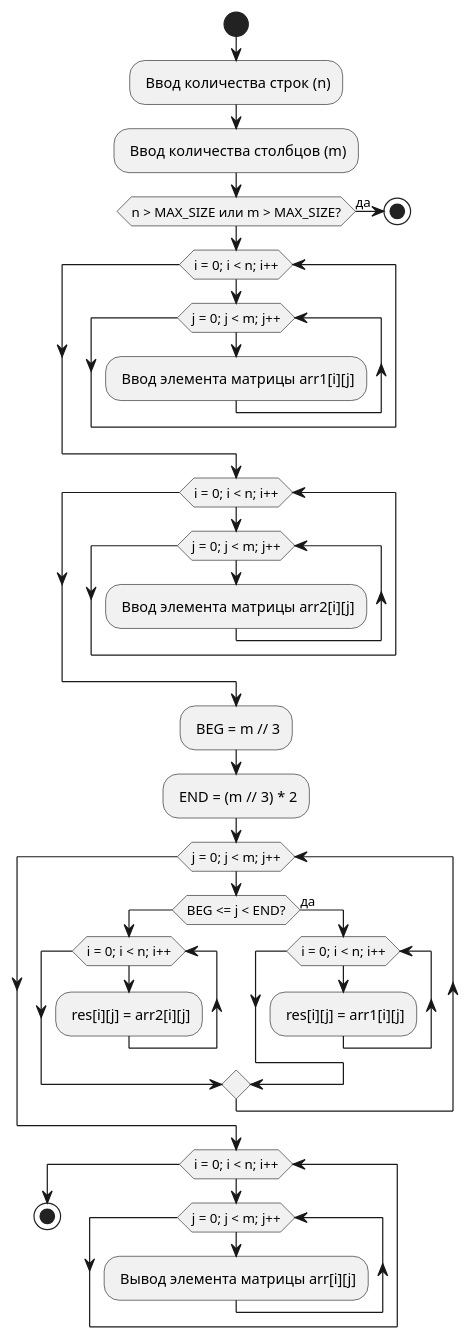
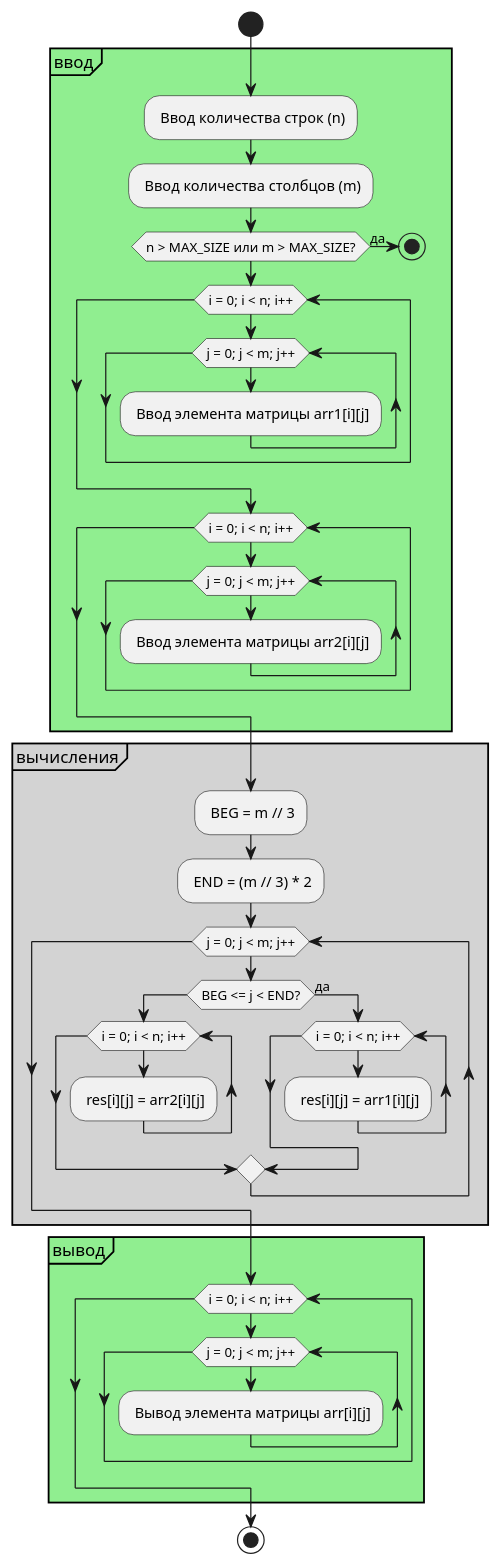
Before and after one commit to ermakov0/ivt-cpp: the diagram in uml/06-example2.puml, drawn with PlantUML. The commit also changed 25 other files, not shown here.

```diff
--- a/uml/06-example2.puml
+++ b/uml/06-example2.puml
@@ -1,42 +1,47 @@
 @startuml 06-example2
 start
-- Ввод количества строк (n)
-- Ввод количества столбцов (m)
-if (n > MAX_SIZE или m > MAX_SIZE?) then
-else (да)
-    stop
-endif
+partition #lightGreen "ввод" {
+    - Ввод количества строк (n)
+    - Ввод количества столбцов (m)
+    if (n > MAX_SIZE или m > MAX_SIZE?) then
+    else (да)
+        stop
+    endif
 
-while (i = 0; i < n; i++)
+    while (i = 0; i < n; i++)
+        while (j = 0; j < m; j++)
+            - Ввод элемента матрицы arr1[i][j]
+        endwhile
+    endwhile
+    while (i = 0; i < n; i++)
+        while (j = 0; j < m; j++)
+            - Ввод элемента матрицы arr2[i][j]
+        endwhile
+    endwhile
+}
+
+partition #lightGray "вычисления" {
+    - BEG = m // 3
+    - END = (m // 3) * 2
+
     while (j = 0; j < m; j++)
-        - Ввод элемента матрицы arr1[i][j]
+        if (BEG <= j < END?) then
+            while (i = 0; i < n; i++)
+                - res[i][j] = arr2[i][j]
+            endwhile
+        else (да)
+            while (i = 0; i < n; i++)
+                - res[i][j] = arr1[i][j]
+            endwhile
+        endif
     endwhile
-endwhile
-while (i = 0; i < n; i++)
-    while (j = 0; j < m; j++)
-        - Ввод элемента матрицы arr2[i][j]
+}
+partition #lightGreen "вывод" {
+    while (i = 0; i < n; i++)
+        while (j = 0; j < m; j++)
+            - Вывод элемента матрицы arr[i][j]
+        endwhile
     endwhile
-endwhile
-
-- BEG = m // 3
-- END = (m // 3) * 2
-
-while (j = 0; j < m; j++)
-    if (BEG <= j < END?) then
-        while (i = 0; i < n; i++)
-            - res[i][j] = arr2[i][j]
-        endwhile
-    else (да)
-        while (i = 0; i < n; i++)
-            - res[i][j] = arr1[i][j]
-        endwhile
-    endif
-endwhile
-
-while (i = 0; i < n; i++)
-    while (j = 0; j < m; j++)
-        - Вывод элемента матрицы arr[i][j]
-    endwhile
-endwhile
+}
 stop
 @enduml
```
